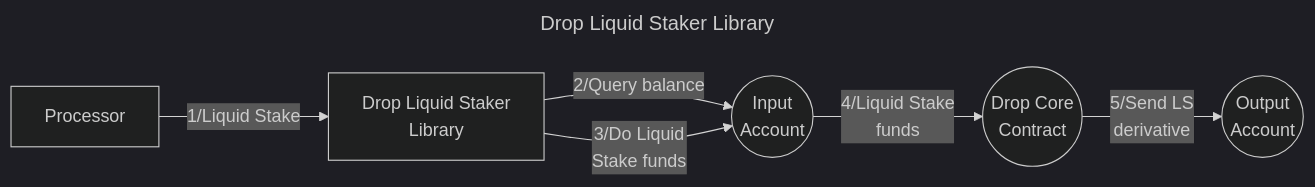
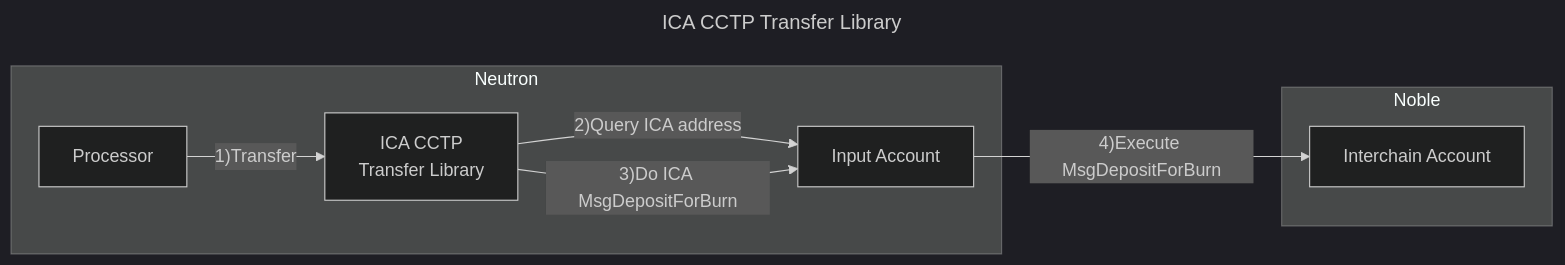
The diagram in contracts/libraries/ica-cctp-transfer/README.md (timewave-computer/valence-protocol), drawn with Mermaid (dark theme) before and after one commit. The commit also changed other lines of this file and 2 other files, not shown here.

````diff
--- a/contracts/libraries/ica-cctp-transfer/README.md
+++ b/contracts/libraries/ica-cctp-transfer/README.md
@@ -7,23 +7,20 @@
 ```mermaid
 ---
-title: Drop Liquid Staker Library
+title: ICA CCTP Transfer Library
 ---
 graph LR
-  IA((Input
-      Account))
-  CC((Drop Core
-      Contract))
-  OA((Output
-      Account))
-  P[Processor]
-  S[Drop Liquid Staker
-      Library]
-  P -- 1/Liquid Stake --> S
-  S -- 2/Query balance --> IA
-  S -- 3/Do Liquid 
-  Stake funds --> IA
-  IA -- 4/Liquid Stake
-   funds --> CC
-  CC -- 5/Send LS 
-  derivative --> OA
+    subgraph Neutron
+      P[Processor]
+      L[ICA CCTP
+      Transfer Library]
+      I[Input Account]
+      P -- 1)Transfer --> L
+      L -- 2)Query ICA address --> I
+      L -- 3)Do ICA MsgDepositForBurn --> I
+    end
+
+    subgraph Noble
+      ICA[Interchain Account]
+      I -- 4)Execute MsgDepositForBurn--> ICA
+    end
 ```
````
